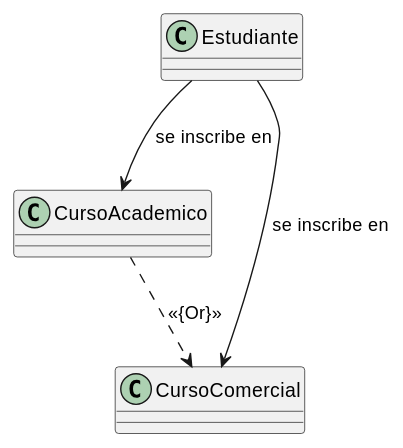
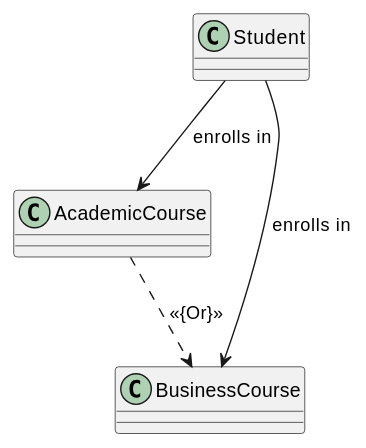
Before and after one commit to jcg-admin/IACT-docs: the second of 2 diagrams in source/base-cognitiva/_uml/uml-04-uso-relaciones/restricciones-en-las-asociaciones.rst, drawn with PlantUML. The commit also changed other lines of this file and 4 other files, not shown here.

```diff
--- a/source/base-cognitiva/_uml/uml-04-uso-relaciones/restricciones-en-las-asociaciones.rst
+++ b/source/base-cognitiva/_uml/uml-04-uso-relaciones/restricciones-en-las-asociaciones.rst
@@ -32,12 +32,12 @@
 .. uml::
 
    @startuml
 
-   class Estudiante
-   class CursoAcademico
-   class CursoComercial
+   class Student
+   class AcademicCourse
+   class BusinessCourse
 
-   Estudiante --> CursoAcademico : se inscribe en
-   Estudiante --> CursoComercial : se inscribe en
-   CursoAcademico ..> CursoComercial : <<{Or}>>
+   Student --> AcademicCourse : enrolls in
+   Student --> BusinessCourse : enrolls in
+   AcademicCourse ..> BusinessCourse : <<{Or}>>
    @enduml
```
